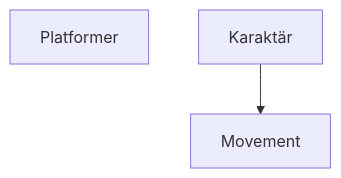
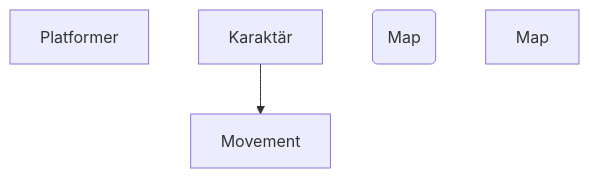
The diagram in Dokumentation/Start.mmd (WilleGyr/Project-Intro-Ingenjorsarbete), drawn with Mermaid before and after one commit.

```diff
--- a/Dokumentation/Start.mmd
+++ b/Dokumentation/Start.mmd
@@ -1,3 +1,5 @@
 graph TD
   Platformer
   Karaktär --> Movement
+  B(Map)
+  Map
```
